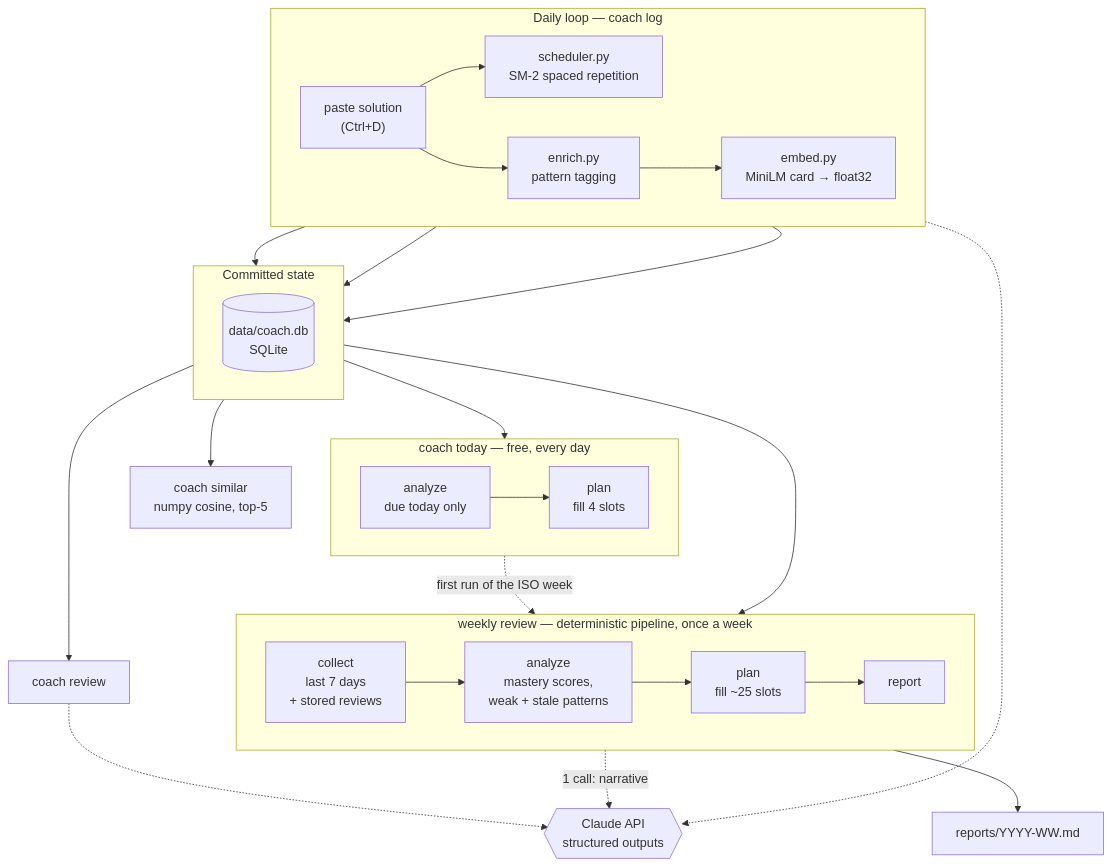
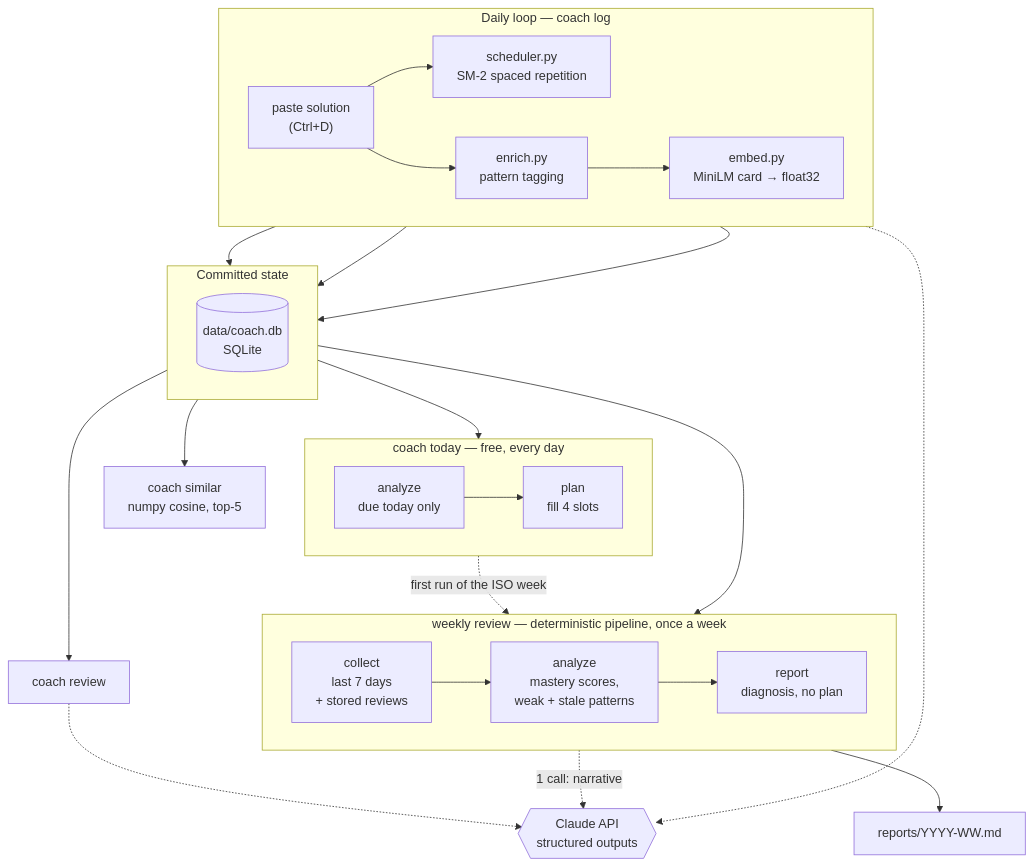
Before and after one commit to AvivE453/leetcode-coach: the diagram in README.md, drawn with Mermaid. The commit also changed other lines of this file and 10 other files, not shown here.

````diff
--- a/README.md
+++ b/README.md
@@ -18,41 +18,41 @@
 ```mermaid
 flowchart TB
     subgraph daily ["Daily loop — coach log"]
         direction LR
         paste["paste solution<br/>(Ctrl+D)"] --> sm2["scheduler.py<br/>SM-2 spaced repetition"]
         paste --> enr["enrich.py<br/>pattern tagging"]
         enr --> emb["embed.py<br/>MiniLM card → float32"]
     end
 
     subgraph state ["Committed state"]
         direction LR
         db[("data/coach.db<br/>SQLite")]
     end
 
     subgraph todayp ["coach today — free, every day"]
         direction LR
         ta["analyze<br/>due today only"] --> tp["plan<br/>fill 4 slots"]
     end
 
     subgraph weeklyp ["weekly review — deterministic pipeline, once a week"]
         direction LR
-        c["collect<br/>last 7 days<br/>+ stored reviews"] --> a["analyze<br/>mastery scores,<br/>weak + stale patterns"] --> p["plan<br/>fill ~25 slots"] --> r["report"]
+        c["collect<br/>last 7 days<br/>+ stored reviews"] --> a["analyze<br/>mastery scores,<br/>weak + stale patterns"] --> r["report<br/>diagnosis, no plan"]
     end
 
     api{{"Claude API<br/>structured outputs"}}
 
     sm2 --> db
     enr --> db
     emb --> db
     db --> ta
     db --> c
     tp -.->|"first run of the ISO week"| c
     r --> md["reports/YYYY-WW.md"]
 
     enr -.-> api
     r -.->|"1 call: narrative"| api
 
     db --> sim["coach similar<br/>numpy cosine, top-5"]
     db --> rev["coach review"]
     rev -.-> api
 ```
````
